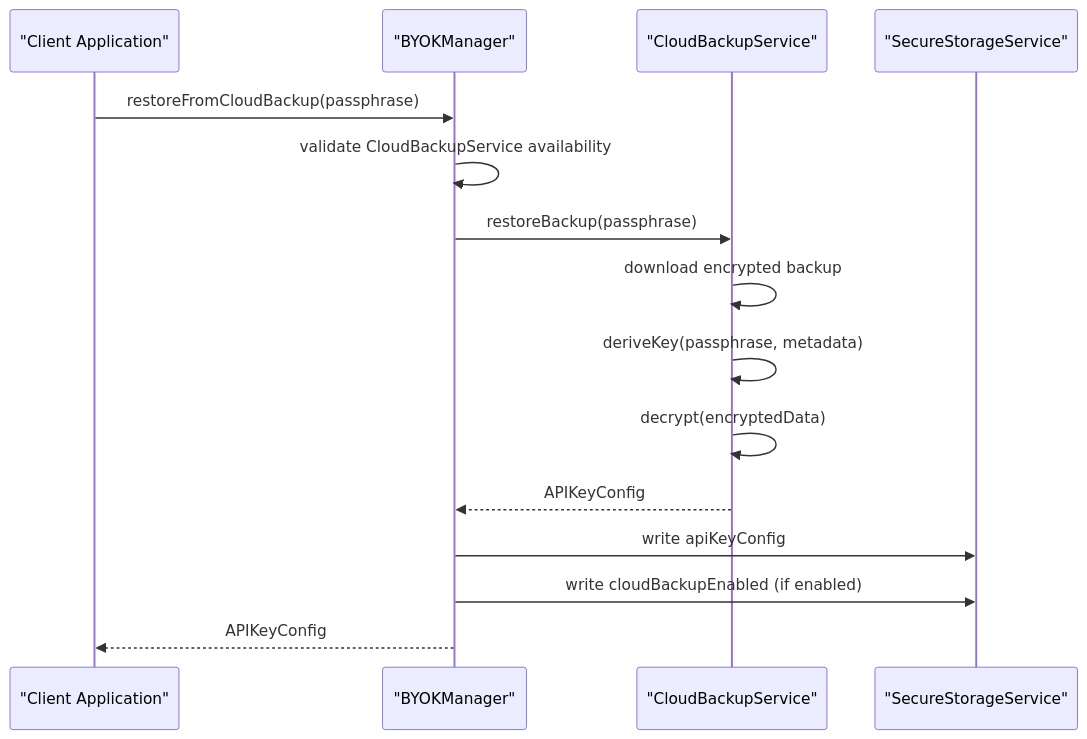
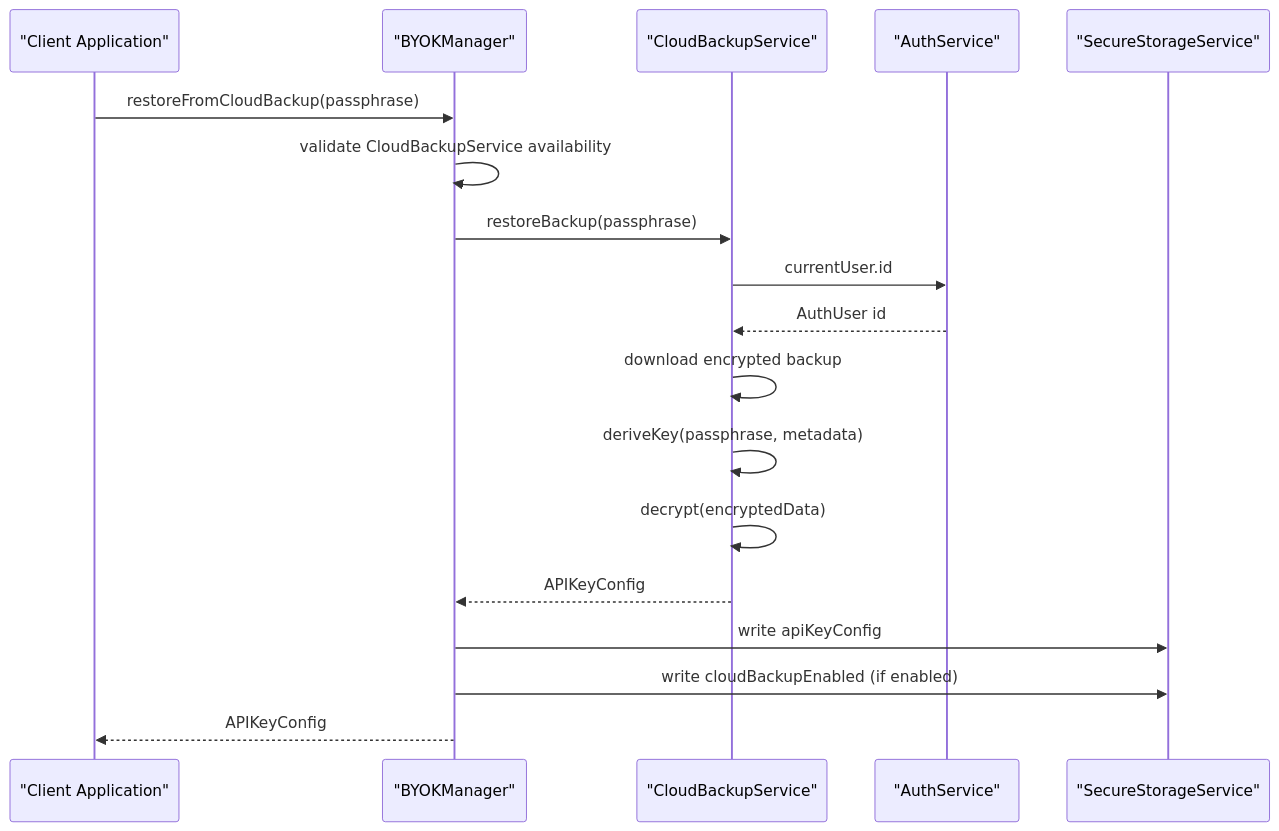
Before and after one commit to JAaron93/StyleSync: the fourth of 13 diagrams in .qoder/repowiki/en/content/Core Services/BYOK Manager/Cloud Backup Integration.md, drawn with Mermaid. The commit also changed other lines of this file and 36 other files, not shown here.

````diff
--- a/.qoder/repowiki/en/content/Core Services/BYOK Manager/Cloud Backup Integration.md
+++ b/.qoder/repowiki/en/content/Core Services/BYOK Manager/Cloud Backup Integration.md
@@ -147,17 +172,20 @@
 ```mermaid
 sequenceDiagram
 participant Client as "Client Application"
 participant BYOK as "BYOKManager"
 participant Cloud as "CloudBackupService"
+participant Auth as "AuthService"
 participant Storage as "SecureStorageService"
 Client->>BYOK : restoreFromCloudBackup(passphrase)
 BYOK->>BYOK : validate CloudBackupService availability
 BYOK->>Cloud : restoreBackup(passphrase)
+Cloud->>Auth : currentUser.id
+Auth-->>Cloud : AuthUser id
 Cloud->>Cloud : download encrypted backup
 Cloud->>Cloud : deriveKey(passphrase, metadata)
 Cloud->>Cloud : decrypt(encryptedData)
 Cloud-->>BYOK : APIKeyConfig
 BYOK->>Storage : write apiKeyConfig
 BYOK->>Storage : write cloudBackupEnabled (if enabled)
 BYOK-->>Client : APIKeyConfig
 ```
````
